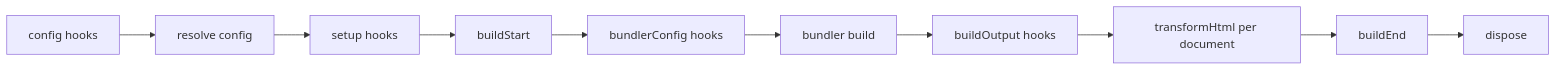
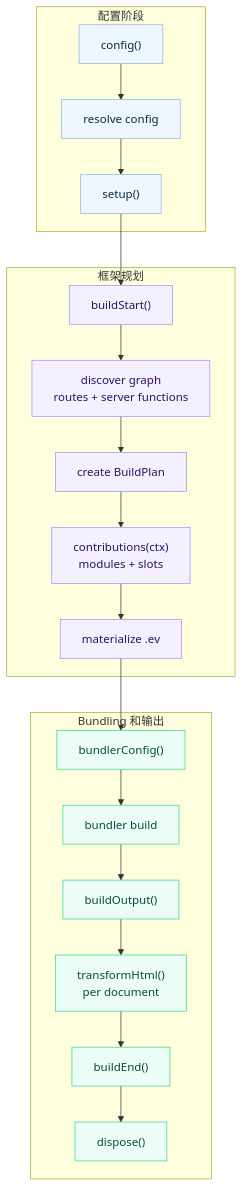
One commit to binhanchen25-arch/evjs changed the diagram in docs/i18n/zh-Hans/docusaurus-plugin-content-docs/current/plugins.md. Above: the diagram before and after it, drawn with Mermaid. The commit also changed 9 other files, not shown here.

Commit message:
docs(ev): improve architecture diagrams

````diff
--- a/docs/i18n/zh-Hans/docusaurus-plugin-content-docs/current/plugins.md
+++ b/docs/i18n/zh-Hans/docusaurus-plugin-content-docs/current/plugins.md
@@ -113,12 +113,36 @@
 ```mermaid
-flowchart LR
-  A["config hooks"] --> B["resolve config"]
-  B --> C["setup hooks"]
-  C --> E["buildStart"]
-  E --> J["bundlerConfig hooks"]
-  J --> K["bundler build"]
-  K --> M["buildOutput hooks"]
-  M --> N["transformHtml per document"]
-  N --> O["buildEnd"]
-  O --> P["dispose"]
+flowchart TB
+  subgraph Configure["配置阶段"]
+    Config["config()"]
+    Resolve["resolve config"]
+    Setup["setup()"]
+  end
+
+  subgraph Plan["框架规划"]
+    BuildStart["buildStart()"]
+    Graph["discover graph\nroutes + server functions"]
+    BuildPlan["create BuildPlan"]
+    Contributions["contributions(ctx)\nmodules + slots"]
+    IR["materialize .ev"]
+  end
+
+  subgraph Build["Bundling 和输出"]
+    BundlerConfig["bundlerConfig()"]
+    Bundler["bundler build"]
+    BuildOutput["buildOutput()"]
+    HTML["transformHtml()\nper document"]
+    BuildEnd["buildEnd()"]
+    Dispose["dispose()"]
+  end
+
+  Config --> Resolve --> Setup --> BuildStart --> Graph --> BuildPlan
+  BuildPlan --> Contributions --> IR --> BundlerConfig --> Bundler
+  Bundler --> BuildOutput --> HTML --> BuildEnd --> Dispose
+
+  classDef config fill:#eef6ff,stroke:#8fb5e8,color:#102a43;
+  classDef plan fill:#f3f0ff,stroke:#a78bfa,color:#2e1065;
+  classDef build fill:#ecfdf5,stroke:#34d399,color:#064e3b;
+  class Config,Resolve,Setup config;
+  class BuildStart,Graph,BuildPlan,Contributions,IR plan;
+  class BundlerConfig,Bundler,BuildOutput,HTML,BuildEnd,Dispose build;
 ```
````
